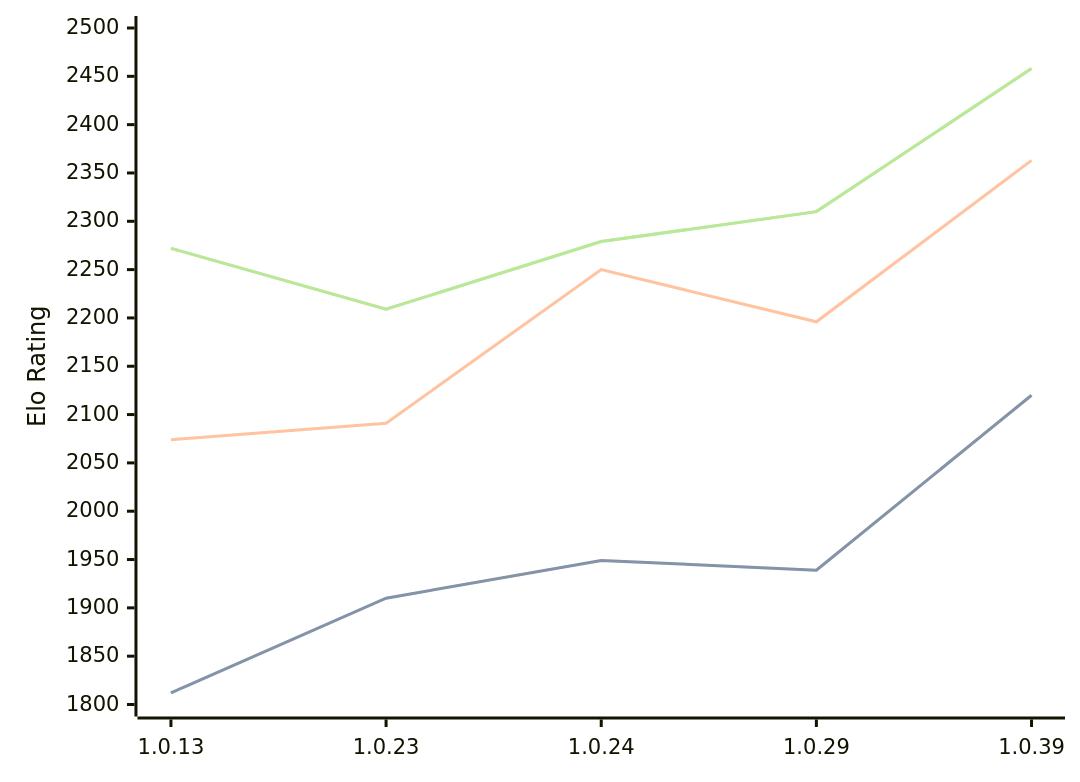
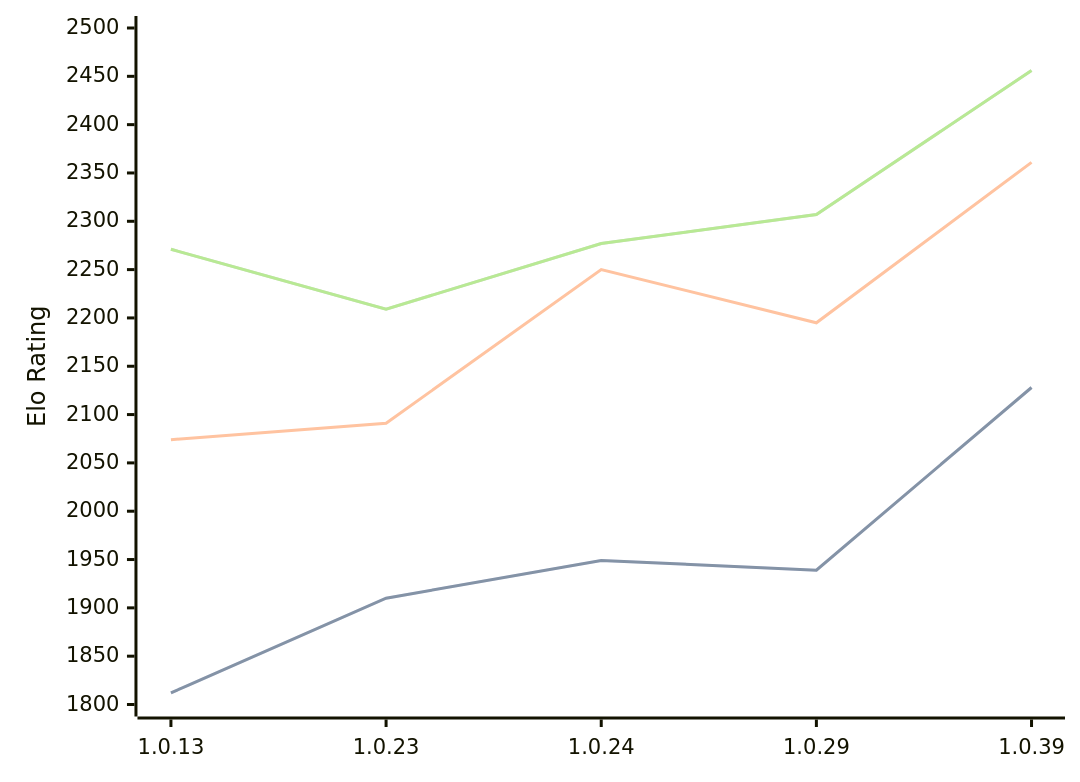
The diagram in engines/RustyRival.md (computer-chess-index/cci), drawn with Mermaid before and after one commit. The commit also changed other lines of this file, not shown here.

Commit message:
Update CCI Ratings (ELO VLTC) - 2026-04-23

````diff
--- a/engines/RustyRival.md
+++ b/engines/RustyRival.md
@@ -66,11 +66,11 @@
 ```mermaid
 %%{init: {"theme":"base","themeVariables":{"seriesColors:['#a3a3a3','#222221','#faa371']}}}%%
 xychart-beta
   x-axis ["1.0.13", "1.0.23", "1.0.24", "1.0.29", "1.0.39"]
   y-axis "Elo Rating" 1800 --> 2500
-  line "STC (8.0+0.08s)" [1812, 1910, 1949, 1939, 2120]
-  line "STC (8.0+0.08s)" [1812, 1910, 1949, 1939, 2120]
-  line "LTC (60.0+0.60s)" [2074, 2091, 2250, 2196, 2363]
-  line "VLTC (2m24s+1.12s)" [2272, 2209, 2279, 2310, 2458]
-  line "VLTC (2m24s+1.12s)" [2272, 2209, 2279, 2310, 2458]
+  line "STC (8.0+0.08s)" [1812, 1910, 1949, 1939, 2128]
+  line "STC (8.0+0.08s)" [1812, 1910, 1949, 1939, 2128]
+  line "LTC (60.0+0.60s)" [2074, 2091, 2250, 2195, 2361]
+  line "VLTC (2m24s+1.12s)" [2271, 2209, 2277, 2307, 2456]
+  line "VLTC (2m24s+1.12s)" [2271, 2209, 2277, 2307, 2456]
 ```
````
